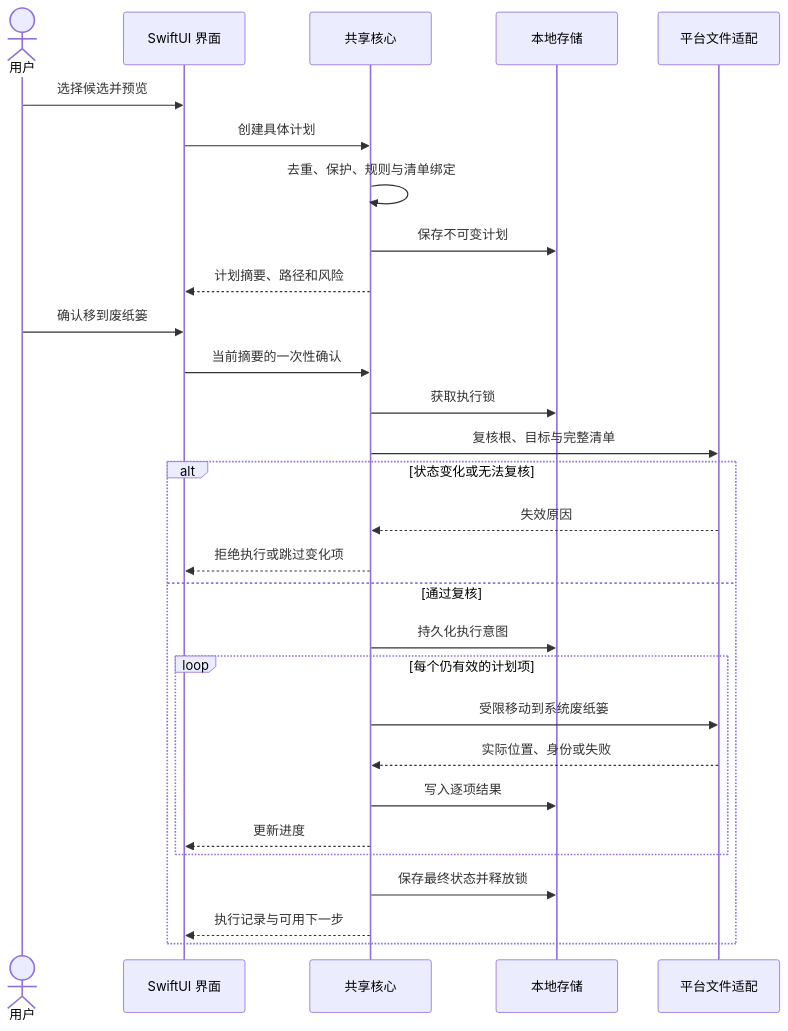
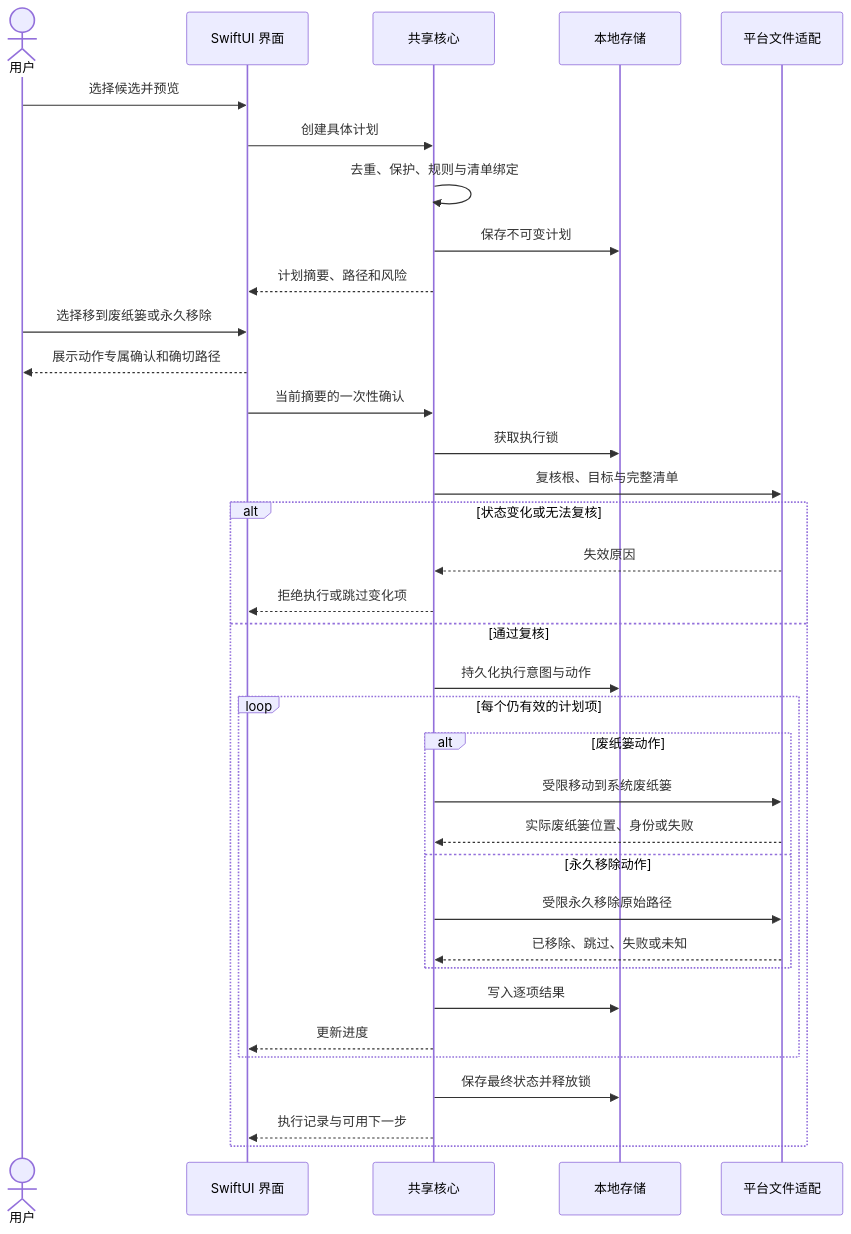
One commit to limecloud/shou changed the fifth of 8 diagrams in docs/zh-CN/architecture/workflows-and-sequences.md. Above: the diagram before and after it, drawn with Mermaid. The commit also changed other lines of this file and 99 other files, not shown here.

````diff
--- a/docs/zh-CN/architecture/workflows-and-sequences.md
+++ b/docs/zh-CN/architecture/workflows-and-sequences.md
@@ -87,31 +122,37 @@
 ```mermaid
 sequenceDiagram
     actor User as 用户
     participant UI as SwiftUI 界面
     participant Core as 共享核心
     participant Store as 本地存储
     participant Platform as 平台文件适配
     User->>UI: 选择候选并预览
     UI->>Core: 创建具体计划
     Core->>Core: 去重、保护、规则与清单绑定
     Core->>Store: 保存不可变计划
     Core-->>UI: 计划摘要、路径和风险
-    User->>UI: 确认移到废纸篓
+    User->>UI: 选择移到废纸篓或永久移除
+    UI-->>User: 展示动作专属确认和确切路径
     UI->>Core: 当前摘要的一次性确认
     Core->>Store: 获取执行锁
     Core->>Platform: 复核根、目标与完整清单
     alt 状态变化或无法复核
         Platform-->>Core: 失效原因
         Core-->>UI: 拒绝执行或跳过变化项
     else 通过复核
-        Core->>Store: 持久化执行意图
+        Core->>Store: 持久化执行意图与动作
         loop 每个仍有效的计划项
-            Core->>Platform: 受限移动到系统废纸篓
-            Platform-->>Core: 实际位置、身份或失败
+            alt 废纸篓动作
+                Core->>Platform: 受限移动到系统废纸篓
+                Platform-->>Core: 实际废纸篓位置、身份或失败
+            else 永久移除动作
+                Core->>Platform: 受限永久移除原始路径
+                Platform-->>Core: 已移除、跳过、失败或未知
+            end
             Core->>Store: 写入逐项结果
             Core-->>UI: 更新进度
         end
         Core->>Store: 保存最终状态并释放锁
         Core-->>UI: 执行记录与可用下一步
     end
 ```
````
